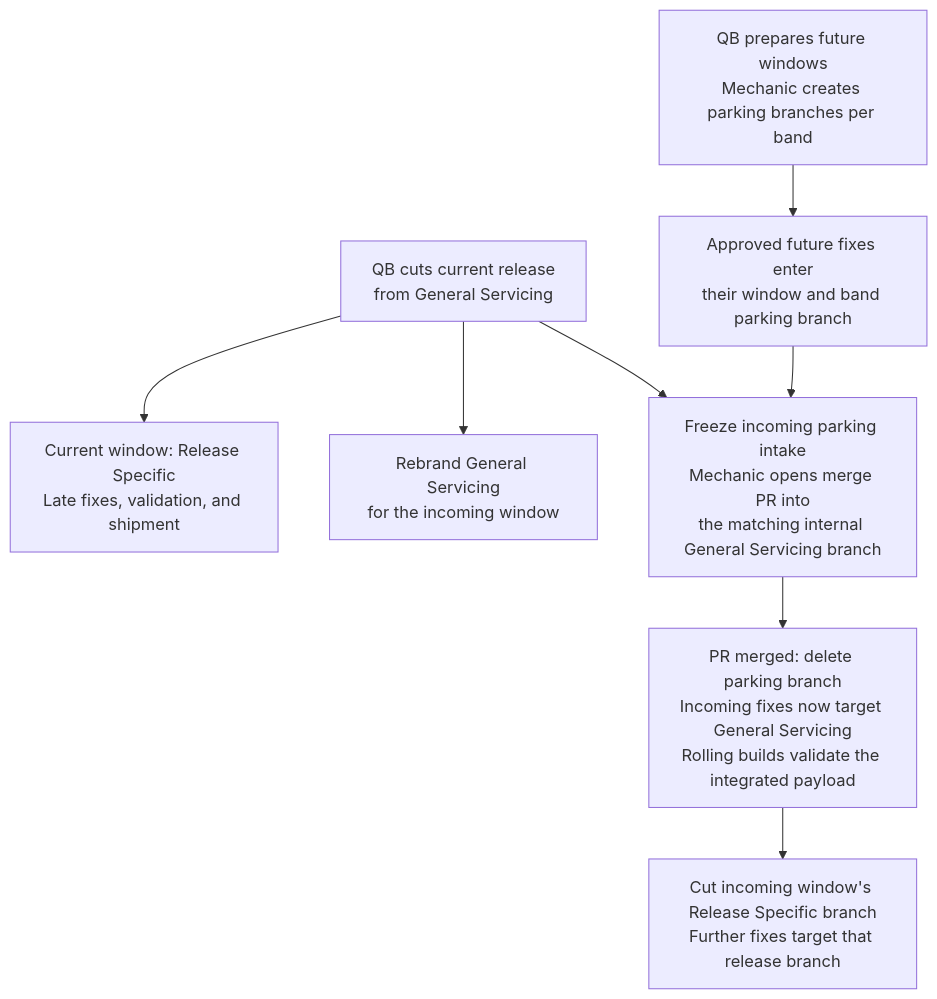
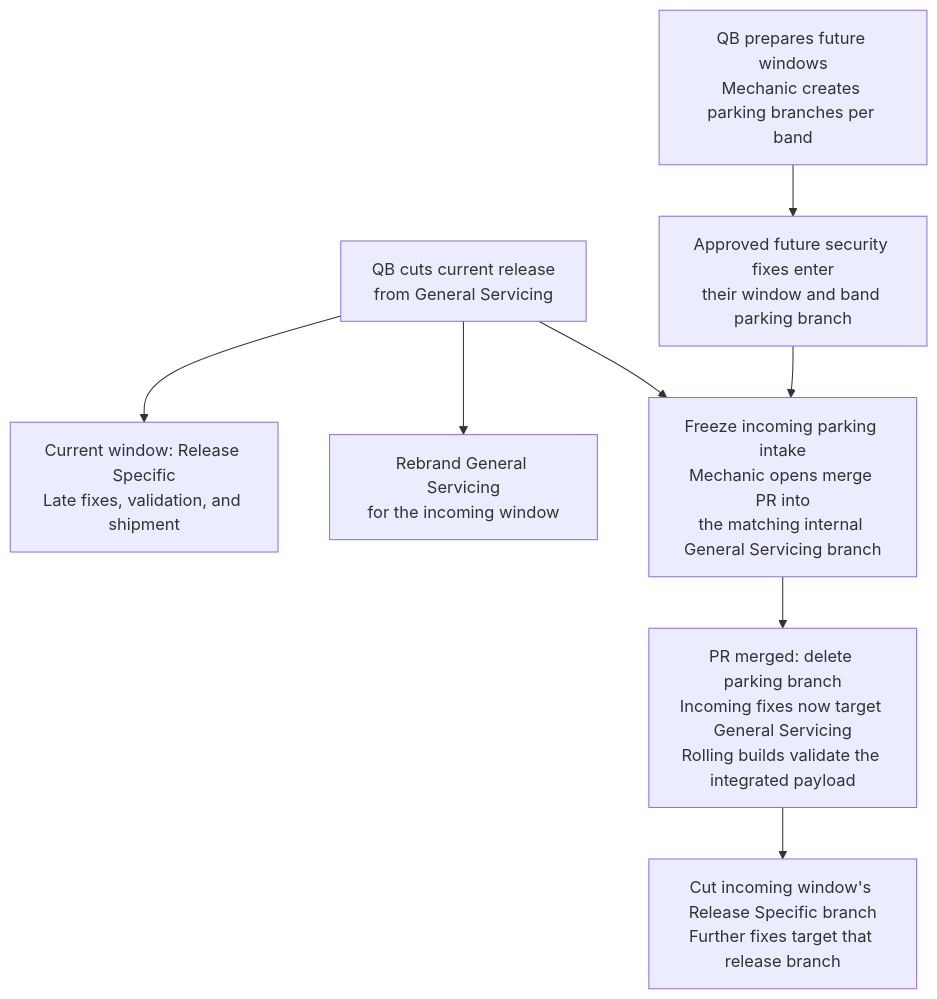
Before and after one commit to dotnet/dotnet: the second of 2 diagrams in docs/VMR-Servicing-Workflows.md, drawn with Mermaid. The commit also changed other lines of this file and 1 other file, not shown here.

First line of the commit message:
Clarify security parking and public check-in destinations

````diff
--- a/docs/VMR-Servicing-Workflows.md
+++ b/docs/VMR-Servicing-Workflows.md
@@ -225,18 +228,18 @@
 ```mermaid
 flowchart TD
     prepare["QB prepares future windows<br/>Mechanic creates parking branches per band"]
-    parking["Approved future fixes enter<br/>their window and band parking branch"]
+    parking["Approved future security fixes enter<br/>their window and band parking branch"]
     cut["QB cuts current release<br/>from General Servicing"]
     outgoing["Current window: Release Specific<br/>Late fixes, validation, and shipment"]
     branding["Rebrand General Servicing<br/>for the incoming window"]
     merge["Freeze incoming parking intake<br/>Mechanic opens merge PR into<br/>the matching internal General Servicing branch"]
     general["PR merged: delete parking branch<br/>Incoming fixes now target General Servicing<br/>Rolling builds validate the integrated payload"]
     nextCut["Cut incoming window's Release Specific branch<br/>Further fixes target that release branch"]
     prepare --> parking
     parking --> merge
     cut --> outgoing
     cut --> branding
     cut --> merge
     merge --> general
     general --> nextCut
 ```
````
